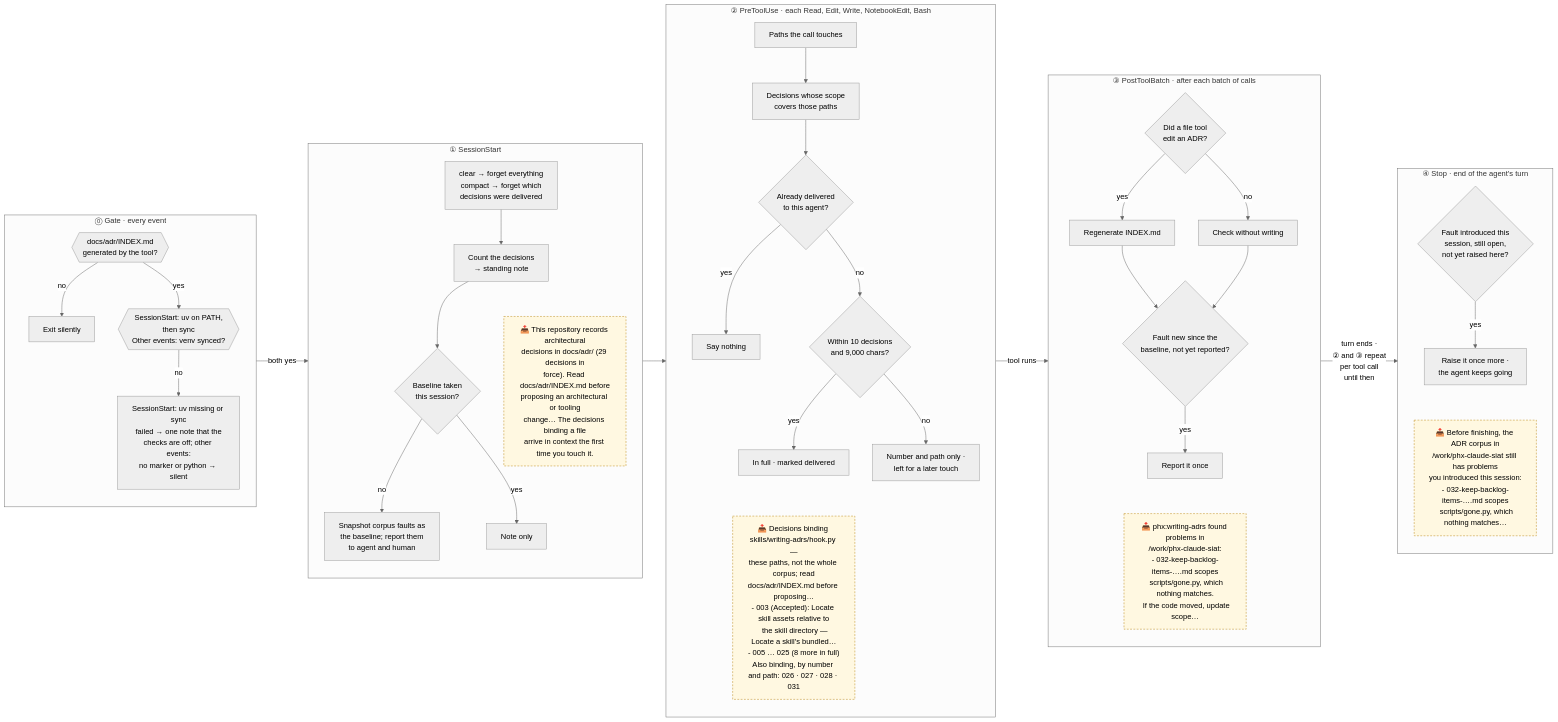
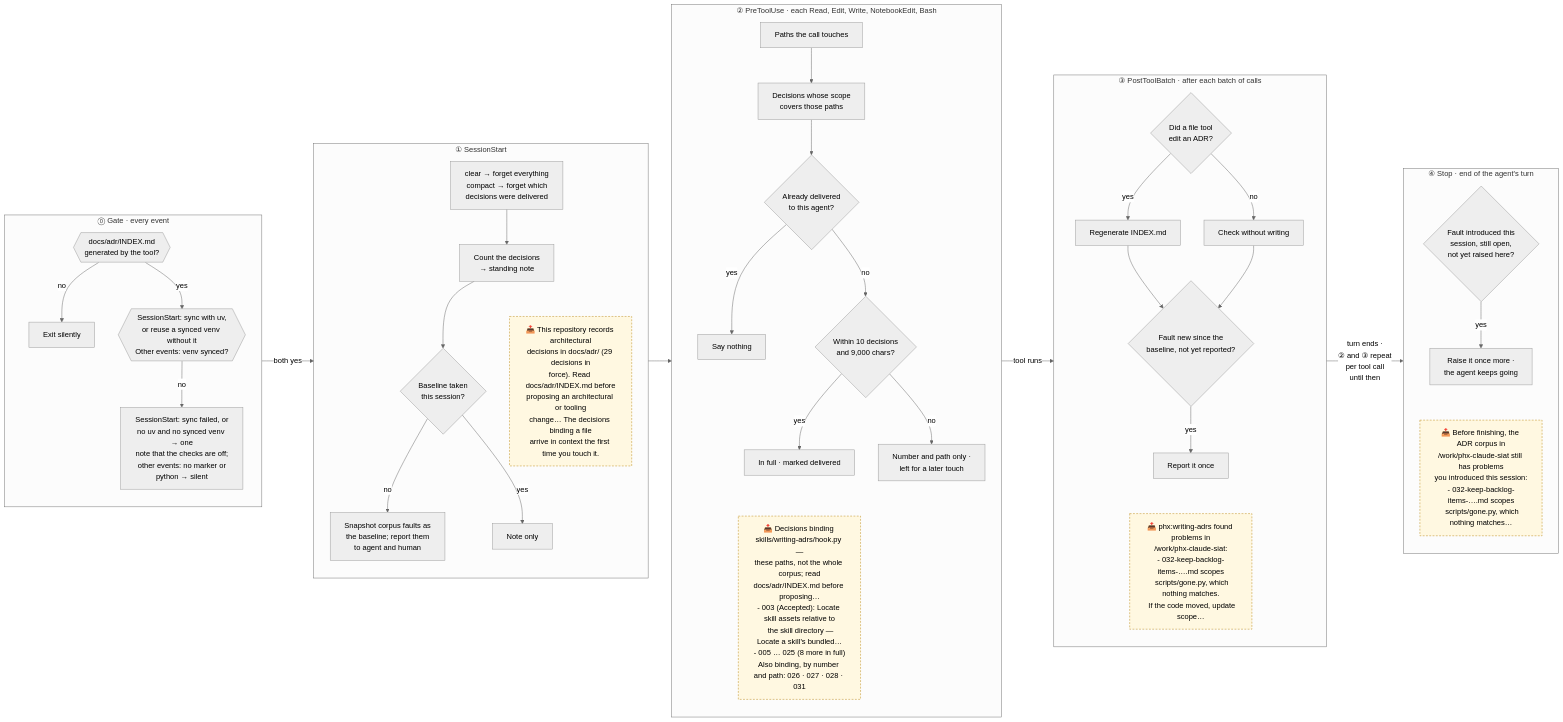
Before and after one commit to todofixthis/phx-claude-siat: the diagram in docs/writing-adrs-hooks.md, drawn with Mermaid (neutral theme). The commit also changed other lines of this file and 3 other files, not shown here.

First line of the commit message:
Reuse a synced venv at SessionStart without uv 🥡

````diff
--- a/docs/writing-adrs-hooks.md
+++ b/docs/writing-adrs-hooks.md
@@ -38,53 +38,53 @@
 ```mermaid
 flowchart LR
     subgraph G["⓪ Gate · every event"]
         direction TB
         G1{{"docs/adr/INDEX.md<br/>generated by the tool?"}} -- no --> G2["Exit silently"]
-        G1 -- yes --> G3{{"SessionStart: uv on PATH,<br/>then sync<br/>Other events: venv synced?"}}
-        G3 -- no --> G4["SessionStart: uv missing or sync<br/>failed → one note that the<br/>checks are off; other events:<br/>no marker or python → silent"]
+        G1 -- yes --> G3{{"SessionStart: sync with uv,<br/>or reuse a synced venv without it<br/>Other events: venv synced?"}}
+        G3 -- no --> G4["SessionStart: sync failed, or<br/>no uv and no synced venv → one<br/>note that the checks are off;<br/>other events: no marker or<br/>python → silent"]
     end
 
     subgraph SS["① SessionStart"]
         direction TB
         SS1["clear → forget everything<br/>compact → forget which<br/>decisions were delivered"] --> SS2["Count the decisions<br/>→ standing note"]
         SS2 --> SS3{"Baseline taken<br/>this session?"}
         SS3 -- no --> SS4["Snapshot corpus faults as<br/>the baseline; report them<br/>to agent and human"]
         SS3 -- yes --> SS5["Note only"]
         SS2 ~~~ E1["📥 This repository records architectural<br/>decisions in docs/adr/ (29 decisions in<br/>force). Read docs/adr/INDEX.md before<br/>proposing an architectural or tooling<br/>change… The decisions binding a file<br/>arrive in context the first time you touch it."]
     end
 
     subgraph PT["② PreToolUse · each Read, Edit, Write, NotebookEdit, Bash"]
         direction TB
         PT1["Paths the call touches"] --> PT2["Decisions whose scope<br/>covers those paths"]
         PT2 --> PT3{"Already delivered<br/>to this agent?"}
         PT3 -- yes --> PT0["Say nothing"]
         PT3 -- no --> PT4{"Within 10 decisions<br/>and 9,000 chars?"}
         PT4 -- yes --> PT5["In full · marked delivered"]
         PT4 -- no --> PT6["Number and path only ·<br/>left for a later touch"]
         PT5 ~~~ E2["📥 Decisions binding skills/writing-adrs/hook.py —<br/>these paths, not the whole corpus; read<br/>docs/adr/INDEX.md before proposing…<br/>- 003 (Accepted): Locate skill assets relative to<br/>  the skill directory — Locate a skill's bundled…<br/>- 005 … 025 (8 more in full)<br/>Also binding, by number and path: 026 · 027 · 028 · 031"]
     end
 
     subgraph PB["③ PostToolBatch · after each batch of calls"]
         direction TB
         PB1{"Did a file tool<br/>edit an ADR?"} -- yes --> PB2["Regenerate INDEX.md"]
         PB1 -- no --> PB3["Check without writing"]
         PB2 --> PB4{"Fault new since the<br/>baseline, not yet reported?"}
         PB3 --> PB4
         PB4 -- yes --> PB5["Report it once"]
         PB5 ~~~ E3["📥 phx:writing-adrs found problems in<br/>/work/phx-claude-siat:<br/>- 032-keep-backlog-items-….md scopes<br/>  scripts/gone.py, which nothing matches.<br/>  If the code moved, update scope…"]
     end
 
     subgraph ST["④ Stop · end of the agent's turn"]
         direction TB
         ST1{"Fault introduced this<br/>session, still open,<br/>not yet raised here?"} -- yes --> ST2["Raise it once more ·<br/>the agent keeps going"]
         ST2 ~~~ E4["📥 Before finishing, the ADR corpus in<br/>/work/phx-claude-siat still has problems<br/>you introduced this session:<br/>- 032-keep-backlog-items-….md scopes<br/>  scripts/gone.py, which nothing matches…"]
     end
 
     G -- "both yes" --> SS
     SS --> PT
     PT -- "tool runs" --> PB
     PB -- "turn ends ·<br/>② and ③ repeat<br/>per tool call<br/>until then" --> ST
 
     classDef ctx fill:#fff8e1,stroke:#b8860b,color:#000,stroke-dasharray:4 3
     class E1,E2,E3,E4 ctx
 ```
````
